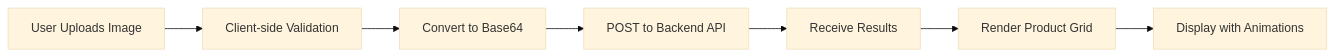
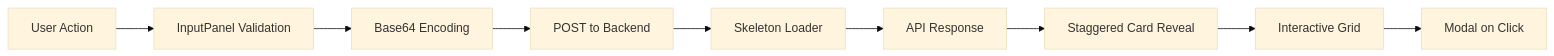
Before and after one commit to kumarpiyushraj/Visual-Product-Matcher-HF: the diagram in README.md, drawn with Mermaid (base theme). The commit also changed other lines of this file, not shown here.

````diff
--- a/README.md
+++ b/README.md
@@ -143,9 +510,11 @@
 ```mermaid
 graph LR
-    A[User Uploads Image] --> B[Client-side Validation]
-    B --> C[Convert to Base64]
-    C --> D[POST to Backend API]
-    D --> E[Receive Results]
-    E --> F[Render Product Grid]
-    F --> G[Display with Animations]
+    A[User Action] --> B[InputPanel Validation]
+    B --> C[Base64 Encoding]
+    C --> D[POST to Backend]
+    D --> E[Skeleton Loader]
+    E --> F[API Response]
+    F --> G[Staggered Card Reveal]
+    G --> H[Interactive Grid]
+    H --> I[Modal on Click]
 ```
````
